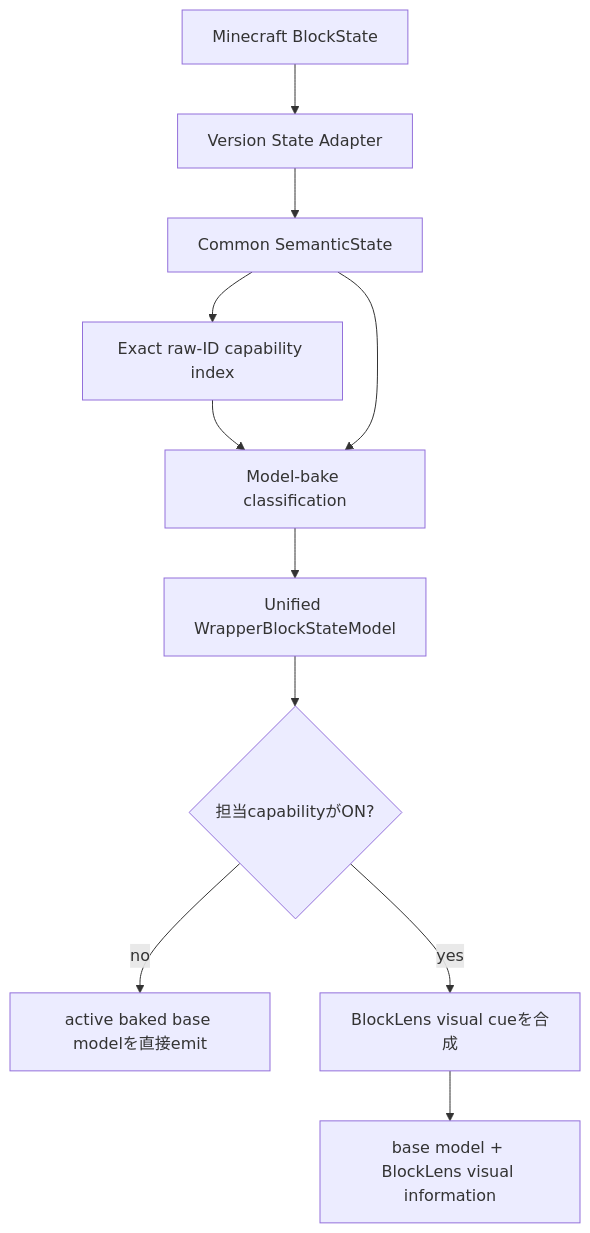
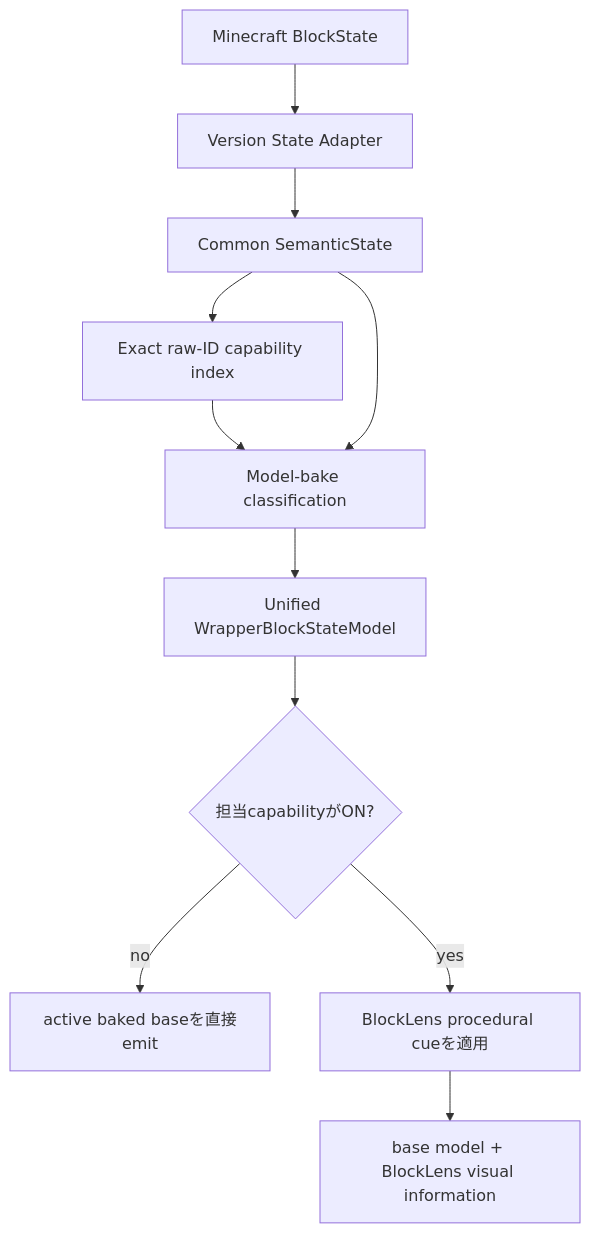
The second of 4 diagrams in README_ja.md (bosatsu25/BlockLens), drawn with Mermaid before and after one commit. The commit also changed other lines of this file, not shown here.

````diff
--- a/README_ja.md
+++ b/README_ja.md
@@ -53,13 +77,13 @@
 ```mermaid
 flowchart TD
     MC[Minecraft BlockState] --> VA[Version State Adapter]
     VA --> SS[Common SemanticState]
     SS --> IDX[Exact raw-ID capability index]
-    IDX --> BM[Model-bake classification]
-    SS --> BM
-    BM --> WRAP[Unified WrapperBlockStateModel]
-    WRAP --> Q{担当capabilityがON?}
-    Q -- no --> BASE[active baked base modelを直接emit]
-    Q -- yes --> CUES[BlockLens visual cueを合成]
-    CUES --> OUT[base model + BlockLens visual information]
+    IDX --> BAKE[Model-bake classification]
+    SS --> BAKE
+    BAKE --> WRAP[Unified WrapperBlockStateModel]
+    WRAP --> MASK{担当capabilityがON?}
+    MASK -- no --> BASE[active baked baseを直接emit]
+    MASK -- yes --> CUE[BlockLens procedural cueを適用]
+    CUE --> OUT[base model + BlockLens visual information]
 ```
````
